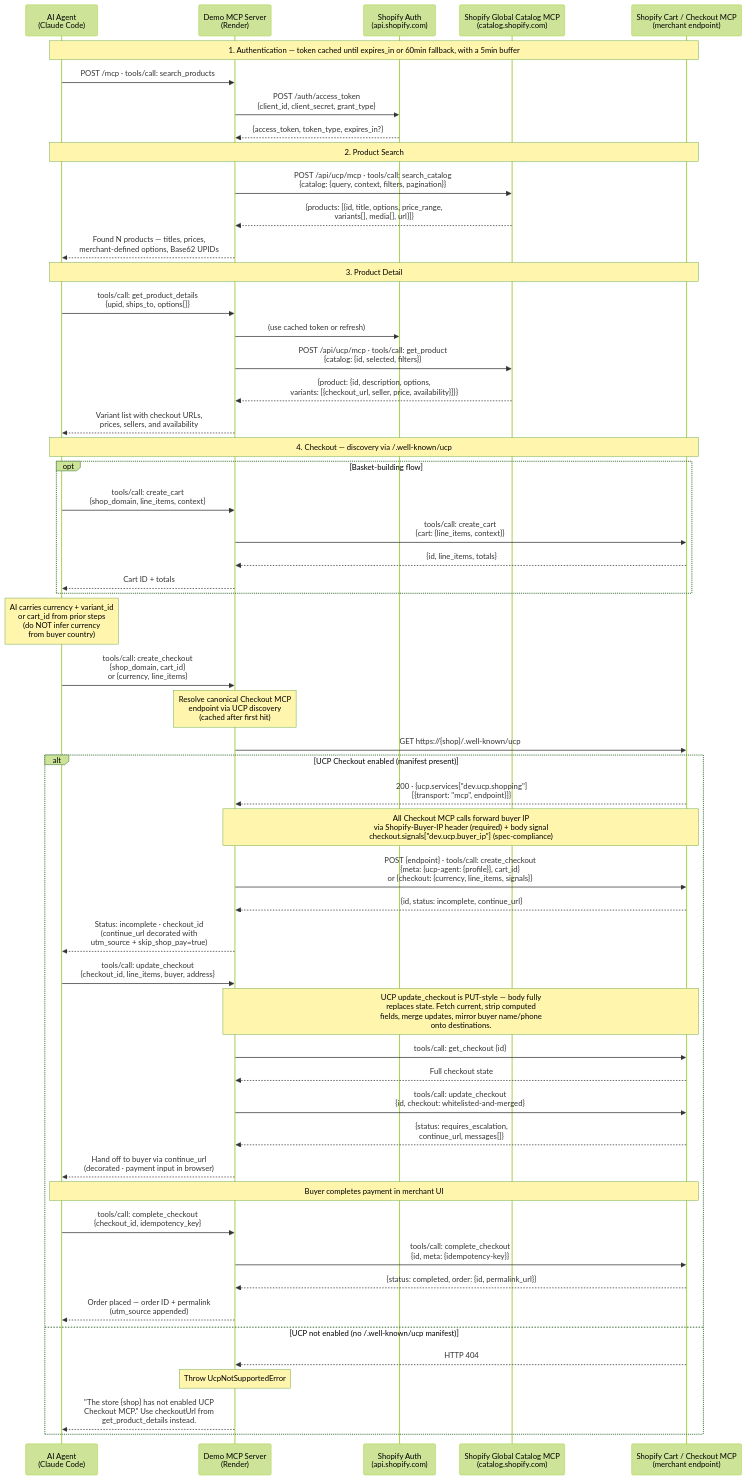
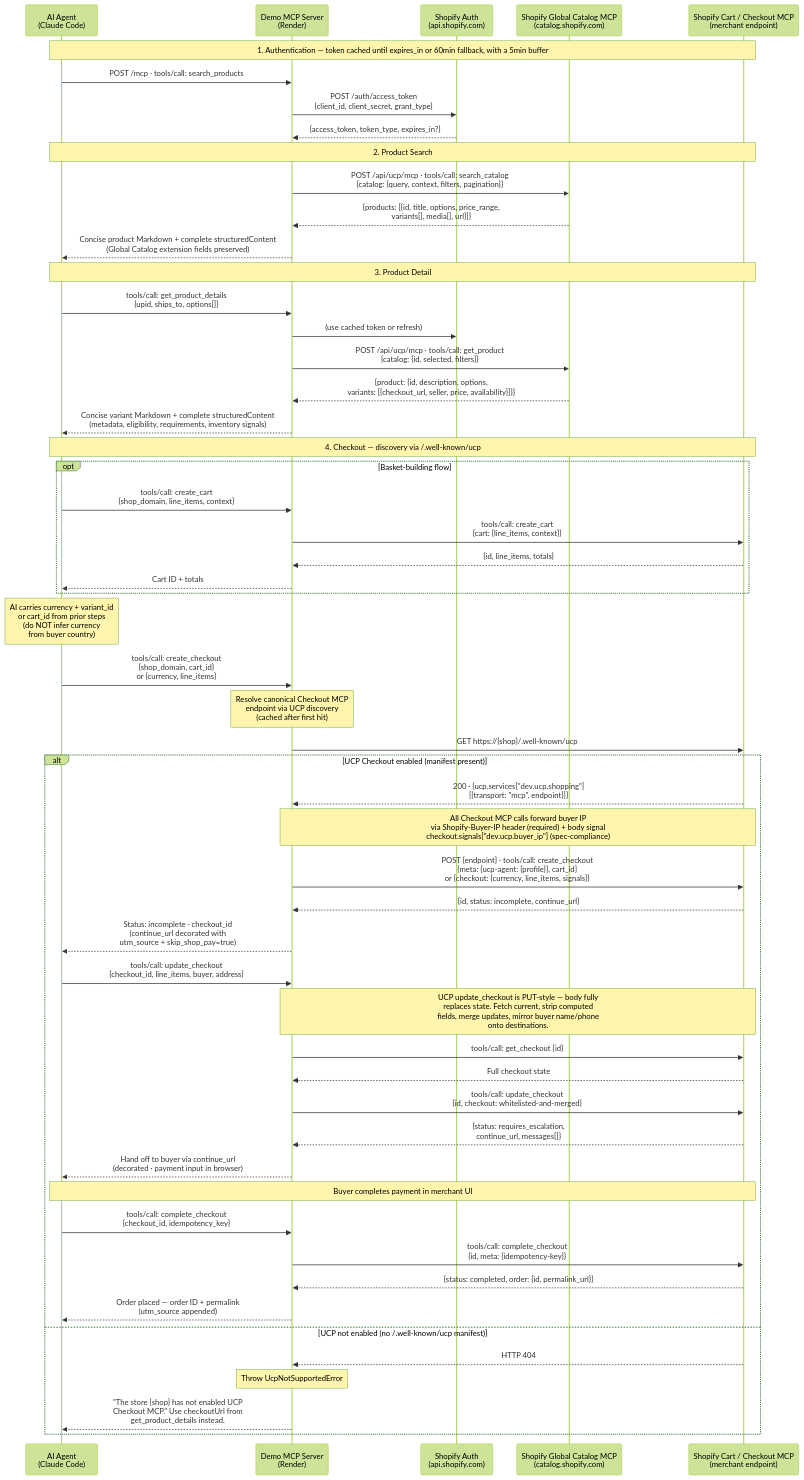
One commit to shopify-apac-ts/shopify-ucp-demo-mcp changed the diagram in docs/sequence-diagram.md. Above: the diagram before and after it, drawn with Mermaid (forest theme). The commit also changed 12 other files, not shown here.

Commit message:
Preserve Catalog extension structured data

````diff
--- a/docs/sequence-diagram.md
+++ b/docs/sequence-diagram.md
@@ -5,73 +5,73 @@
 ```mermaid
 sequenceDiagram
     participant A as AI Agent<br/>(Claude Code)
     participant M as Demo MCP Server<br/>(Render)
     participant T as Shopify Auth<br/>(api.shopify.com)
     participant C as Shopify Global Catalog MCP<br/>(catalog.shopify.com)
     participant K as Shopify Cart / Checkout MCP<br/>(merchant endpoint)
 
     Note over A,K: 1. Authentication — token cached until expires_in or 60min fallback, with a 5min buffer
 
     A->>M: POST /mcp · tools/call: search_products
     M->>T: POST /auth/access_token<br/>{client_id, client_secret, grant_type}
     T-->>M: {access_token, token_type, expires_in?}
 
     Note over A,K: 2. Product Search
 
     M->>C: POST /api/ucp/mcp · tools/call: search_catalog<br/>{catalog: {query, context, filters, pagination}}
     C-->>M: {products: [{id, title, options, price_range,<br/>variants[], media[], url}]}
-    M-->>A: Found N products — titles, prices,<br/>merchant-defined options, Base62 UPIDs
+    M-->>A: Concise product Markdown + complete structuredContent<br/>(Global Catalog extension fields preserved)
 
     Note over A,K: 3. Product Detail
 
     A->>M: tools/call: get_product_details<br/>{upid, ships_to, options[]}
     M->>T: (use cached token or refresh)
     M->>C: POST /api/ucp/mcp · tools/call: get_product<br/>{catalog: {id, selected, filters}}
     C-->>M: {product: {id, description, options,<br/>variants: [{checkout_url, seller, price, availability}]}}
-    M-->>A: Variant list with checkout URLs,<br/>prices, sellers, and availability
+    M-->>A: Concise variant Markdown + complete structuredContent<br/>(metadata, eligibility, requirements, inventory signals)
 
     Note over A,K: 4. Checkout — discovery via /.well-known/ucp
 
     opt Basket-building flow
         A->>M: tools/call: create_cart<br/>{shop_domain, line_items, context}
         M->>K: tools/call: create_cart<br/>{cart: {line_items, context}}
         K-->>M: {id, line_items, totals}
         M-->>A: Cart ID + totals
     end
 
     Note over A: AI carries currency + variant_id<br/>or cart_id from prior steps<br/>(do NOT infer currency<br/>from buyer country)
     A->>M: tools/call: create_checkout<br/>{shop_domain, cart_id}<br/>or {currency, line_items}
 
     Note over M: Resolve canonical Checkout MCP<br/>endpoint via UCP discovery<br/>(cached after first hit)
     M->>K: GET https://{shop}/.well-known/ucp
 
     alt UCP Checkout enabled (manifest present)
         K-->>M: 200 · {ucp.services["dev.ucp.shopping"]<br/>[{transport: "mcp", endpoint}]}
 
         Note over M,K: All Checkout MCP calls forward buyer IP<br/>via Shopify-Buyer-IP header (required) + body signal<br/>checkout.signals["dev.ucp.buyer_ip"] (spec-compliance)
         M->>K: POST {endpoint} · tools/call: create_checkout<br/>{meta: {ucp-agent: {profile}}, cart_id}<br/>or {checkout: {currency, line_items, signals}}
         K-->>M: {id, status: incomplete, continue_url}
         M-->>A: Status: incomplete · checkout_id<br/>(continue_url decorated with<br/>utm_source + skip_shop_pay=true)
 
         A->>M: tools/call: update_checkout<br/>{checkout_id, line_items, buyer, address}
 
         Note over M,K: UCP update_checkout is PUT-style — body fully<br/>replaces state. Fetch current, strip computed<br/>fields, merge updates, mirror buyer name/phone<br/>onto destinations.
         M->>K: tools/call: get_checkout {id}
         K-->>M: Full checkout state
         M->>K: tools/call: update_checkout<br/>{id, checkout: whitelisted-and-merged}
         K-->>M: {status: requires_escalation,<br/>continue_url, messages[]}
         M-->>A: Hand off to buyer via continue_url<br/>(decorated · payment input in browser)
 
         Note over A,K: Buyer completes payment in merchant UI
 
         A->>M: tools/call: complete_checkout<br/>{checkout_id, idempotency_key}
         M->>K: tools/call: complete_checkout<br/>{id, meta: {idempotency-key}}
         K-->>M: {status: completed, order: {id, permalink_url}}
         M-->>A: Order placed — order ID + permalink<br/>(utm_source appended)
 
     else UCP not enabled (no /.well-known/ucp manifest)
         K-->>M: HTTP 404
         Note over M: Throw UcpNotSupportedError
         M-->>A: "The store {shop} has not enabled UCP<br/>Checkout MCP." Use checkoutUrl from<br/>get_product_details instead.
     end
 ```
````
